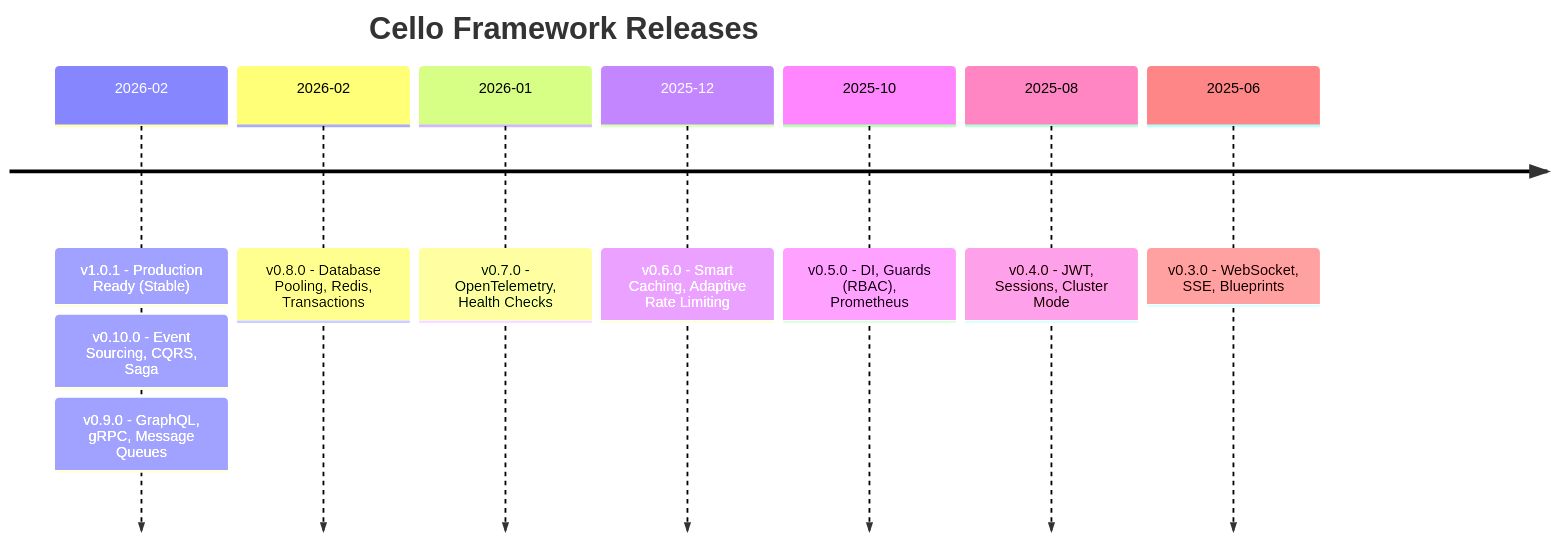
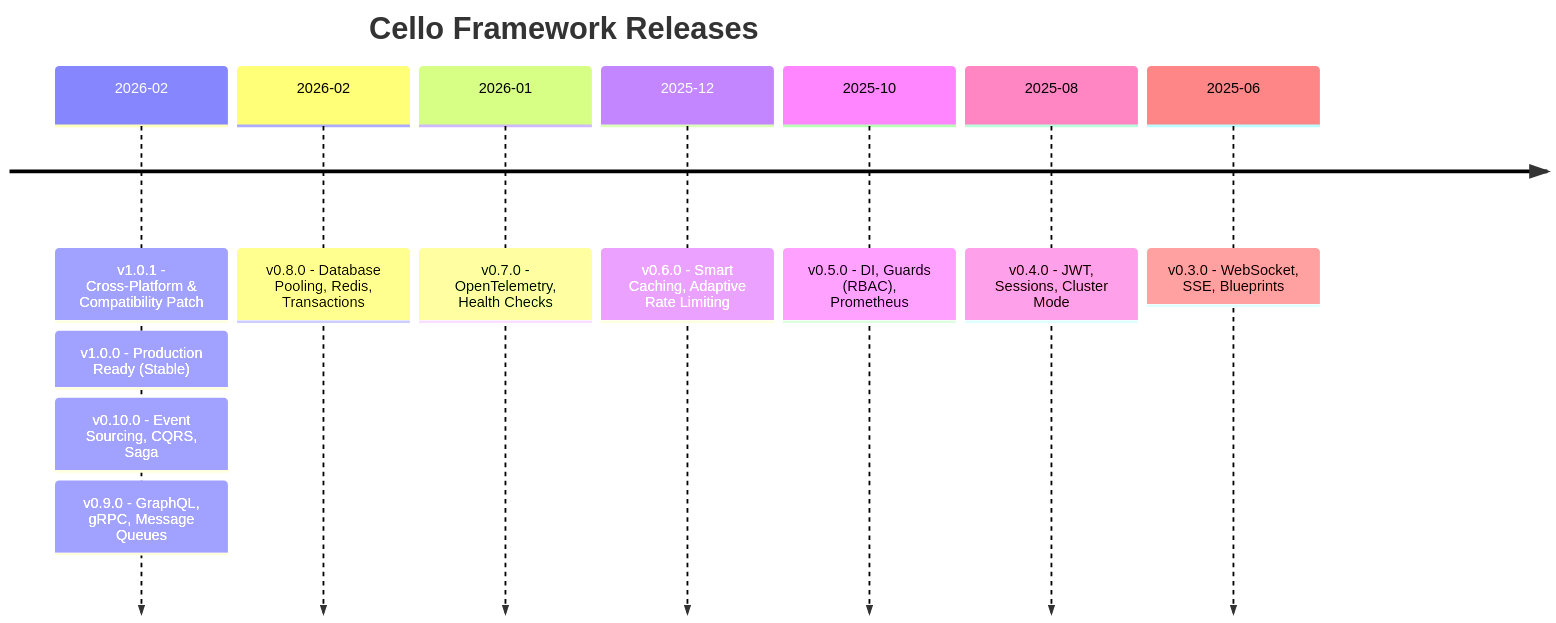
Before and after one commit to jagadeesh32/cello: the diagram in docs/releases/index.md, drawn with Mermaid. The commit also changed other lines of this file and 20 other files, not shown here.

````diff
--- a/docs/releases/index.md
+++ b/docs/releases/index.md
@@ -33,13 +33,14 @@
 ```mermaid
 timeline
     title Cello Framework Releases
-    2026-02 : v1.0.1 - Production Ready (Stable)
+    2026-02 : v1.0.1 - Cross-Platform & Compatibility Patch
+           : v1.0.0 - Production Ready (Stable)
            : v0.10.0 - Event Sourcing, CQRS, Saga
            : v0.9.0 - GraphQL, gRPC, Message Queues
     2026-02 : v0.8.0 - Database Pooling, Redis, Transactions
     2026-01 : v0.7.0 - OpenTelemetry, Health Checks
     2025-12 : v0.6.0 - Smart Caching, Adaptive Rate Limiting
     2025-10 : v0.5.0 - DI, Guards (RBAC), Prometheus
     2025-08 : v0.4.0 - JWT, Sessions, Cluster Mode
     2025-06 : v0.3.0 - WebSocket, SSE, Blueprints
 ```
````
